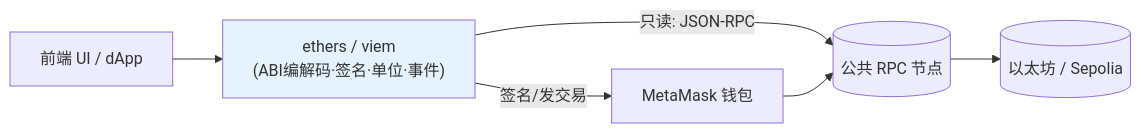
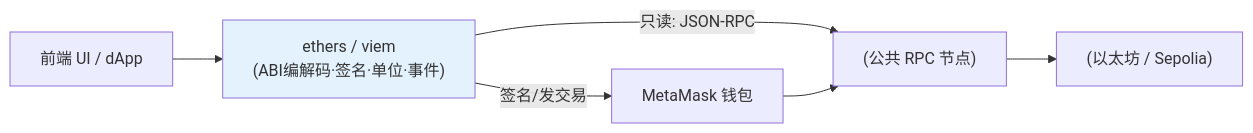
One commit to boyley/web3-learning changed the first of 2 diagrams in 08-ethers-viem/README.md. Above: the diagram before and after it, drawn with Mermaid. The commit also changed 71 other files, not shown here.

First line of the commit message:
fix: 全库修复 Mermaid 词法错误

````diff
--- a/08-ethers-viem/README.md
+++ b/08-ethers-viem/README.md
@@ -9,9 +9,9 @@
 ```mermaid
 flowchart LR
     UI[前端 UI / dApp] --> LIB["ethers / viem<br/>(ABI编解码·签名·单位·事件)"]
-    LIB -->|只读: JSON-RPC| RPC[(公共 RPC 节点)]
+    LIB -->|"只读: JSON-RPC"| RPC["(公共 RPC 节点)"]
     LIB -->|签名/发交易| WALLET[MetaMask 钱包]
     WALLET --> RPC
-    RPC --> CHAIN[(以太坊 / Sepolia)]
+    RPC --> CHAIN["(以太坊 / Sepolia)"]
     style LIB fill:#e3f2fd
 ```
````
